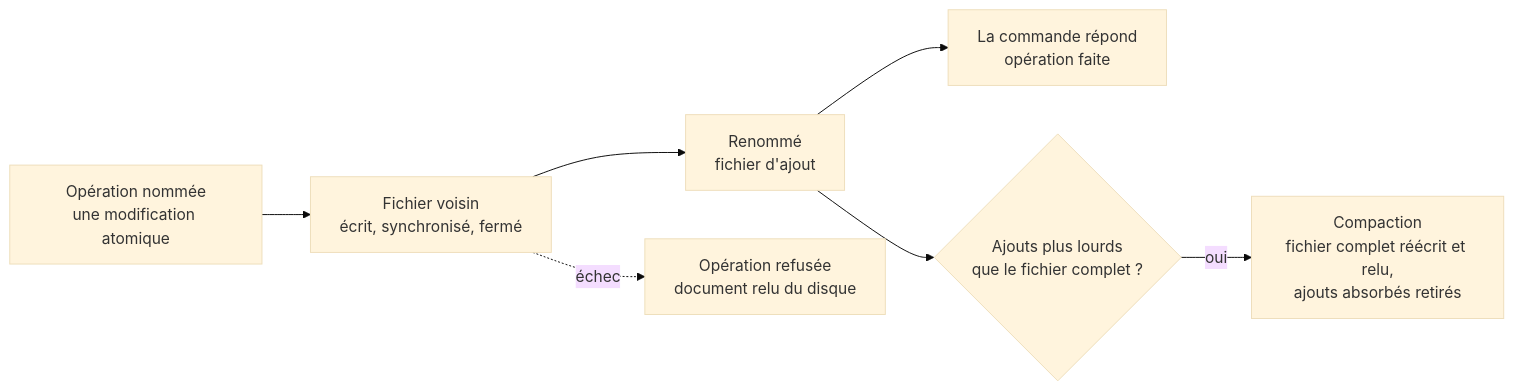
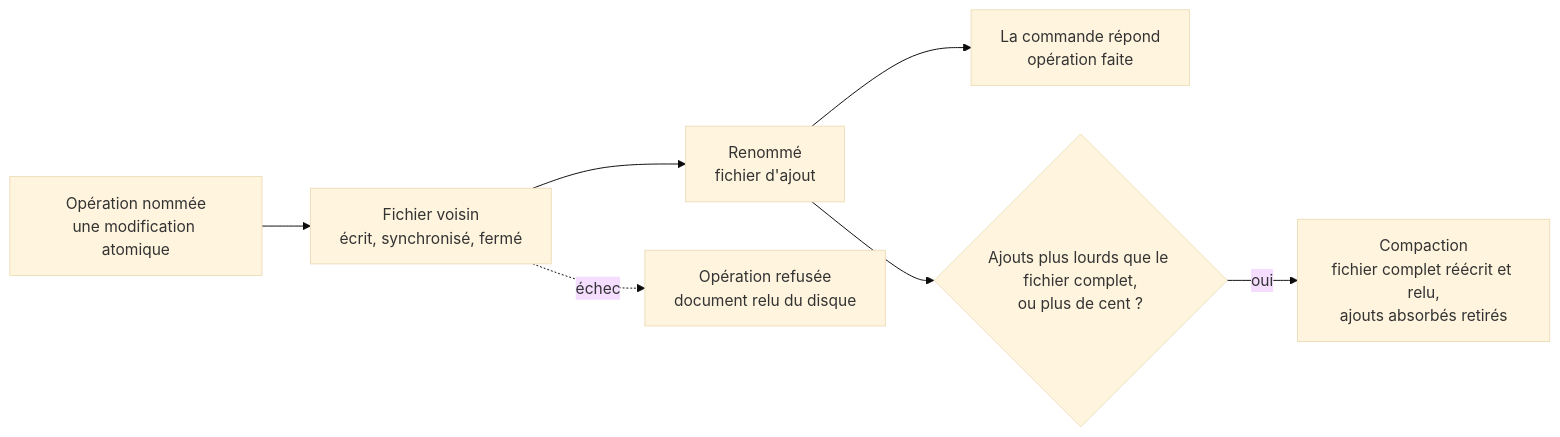
Before and after one commit to EdouardZemb/pupitre: the second of 8 diagrams in docs/31-persistance-et-synchronisation.md, drawn with Mermaid (base theme). The commit also changed other lines of this file and 11 other files, not shown here.

````diff
--- a/docs/31-persistance-et-synchronisation.md
+++ b/docs/31-persistance-et-synchronisation.md
@@ -206,9 +240,9 @@
 ```mermaid
 flowchart LR
   O["Opération nommée<br/>une modification atomique"] --> V["Fichier voisin<br/>écrit, synchronisé, fermé"]
   V --> R["Renommé<br/>fichier d'ajout"]
   R --> F["La commande répond<br/>opération faite"]
   V -.->|"échec"| X["Opération refusée<br/>document relu du disque"]
-  R --> C{"Ajouts plus lourds<br/>que le fichier complet ?"}
+  R --> C{"Ajouts plus lourds que le fichier complet,<br/>ou plus de cent ?"}
   C -->|"oui"| K["Compaction<br/>fichier complet réécrit et relu,<br/>ajouts absorbés retirés"]
 ```
````
